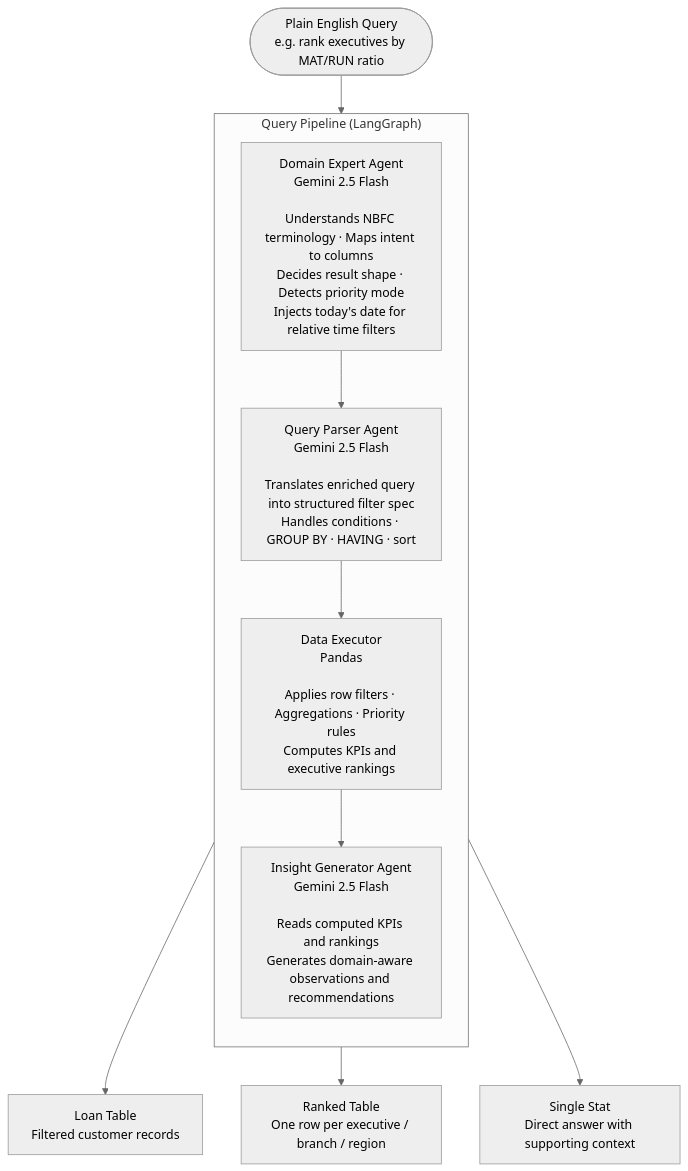
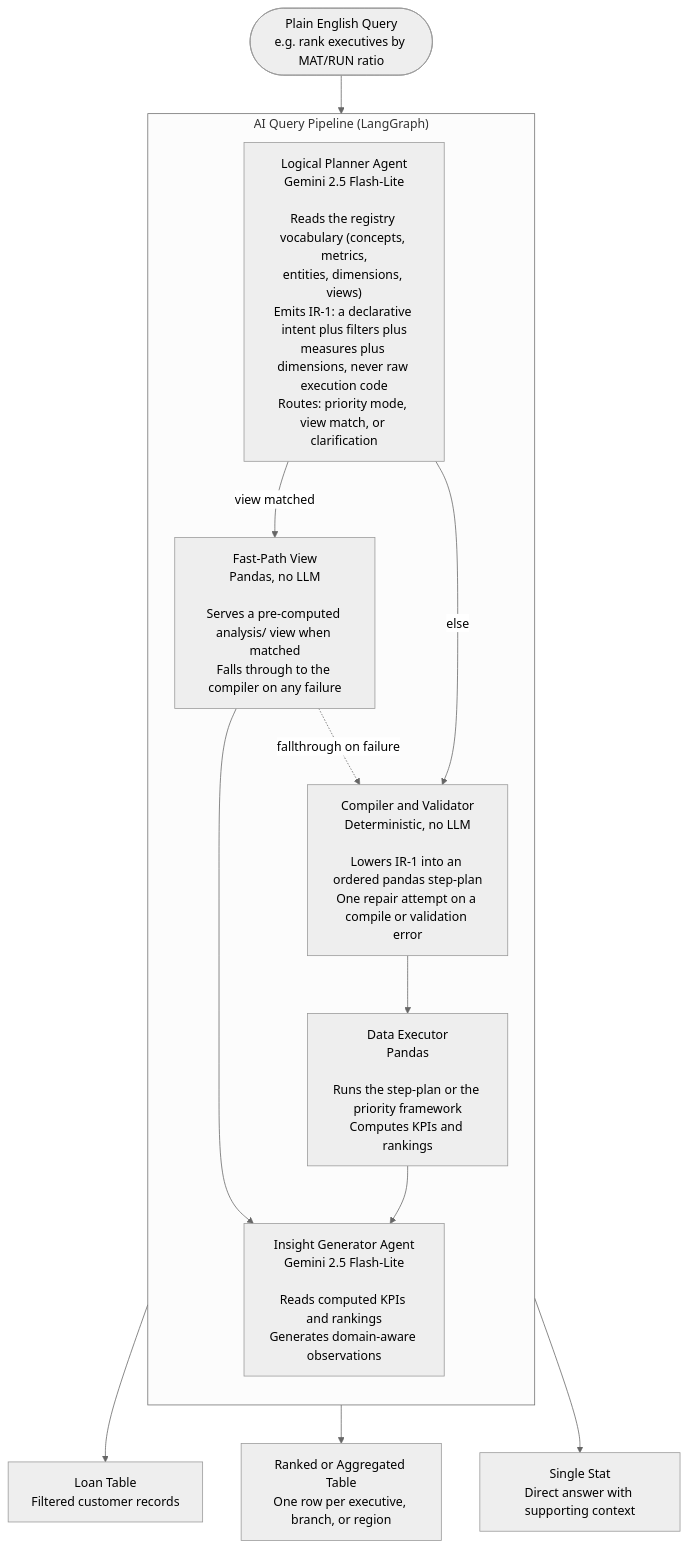
The first of 3 diagrams in CLAUDE.md (Sanjay-00/CollectionIQ), drawn with Mermaid (neutral theme) before and after one commit. The commit also changed other lines of this file and 40 other files, not shown here.

Commit message:
Version 3.11: Report pipeline expanded to 18 sections + bug fixes + AI query fix

````diff
--- a/CLAUDE.md
+++ b/CLAUDE.md
@@ -67,19 +89,22 @@
 ```mermaid
 flowchart TD
     User(["Plain English Query\ne.g. rank executives by MAT/RUN ratio"])
 
-    User --> DE
+    User --> LP
 
-    subgraph QP ["  Query Pipeline  (LangGraph)  "]
+    subgraph QP ["  AI Query Pipeline  (LangGraph)  "]
         direction TB
-        DE["Domain Expert Agent\nGemini 2.5 Flash\n\nUnderstands NBFC terminology · Maps intent to columns\nDecides result shape · Detects priority mode\nInjects today's date for relative time filters"]
-        PP["Query Parser Agent\nGemini 2.5 Flash\n\nTranslates enriched query into structured filter spec\nHandles conditions · GROUP BY · HAVING · sort"]
-        EX["Data Executor\nPandas\n\nApplies row filters · Aggregations · Priority rules\nComputes KPIs and executive rankings"]
-        IG["Insight Generator Agent\nGemini 2.5 Flash\n\nReads computed KPIs and rankings\nGenerates domain-aware observations and recommendations"]
-        DE --> PP --> EX --> IG
+        LP["Logical Planner Agent\nGemini 2.5 Flash-Lite\n\nReads the registry vocabulary (concepts, metrics,\nentities, dimensions, views)\nEmits IR-1: a declarative intent plus filters plus\nmeasures plus dimensions, never raw execution code\nRoutes: priority mode, view match, or clarification"]
+        VW["Fast-Path View\nPandas, no LLM\n\nServes a pre-computed analysis/ view when matched\nFalls through to the compiler on any failure"]
+        CV["Compiler and Validator\nDeterministic, no LLM\n\nLowers IR-1 into an ordered pandas step-plan\nOne repair attempt on a compile or validation error"]
+        EX["Data Executor\nPandas\n\nRuns the step-plan or the priority framework\nComputes KPIs and rankings"]
+        IG["Insight Generator Agent\nGemini 2.5 Flash-Lite\n\nReads computed KPIs and rankings\nGenerates domain-aware observations"]
+        LP -->|view matched| VW --> IG
+        LP -->|else| CV --> EX --> IG
+        VW -.fallthrough on failure.-> CV
     end
 
     IG --> R1["Loan Table\nFiltered customer records"]
-    IG --> R2["Ranked Table\nOne row per executive / branch / region"]
+    IG --> R2["Ranked or Aggregated Table\nOne row per executive, branch, or region"]
     IG --> R3["Single Stat\nDirect answer with supporting context"]
 ```
````
